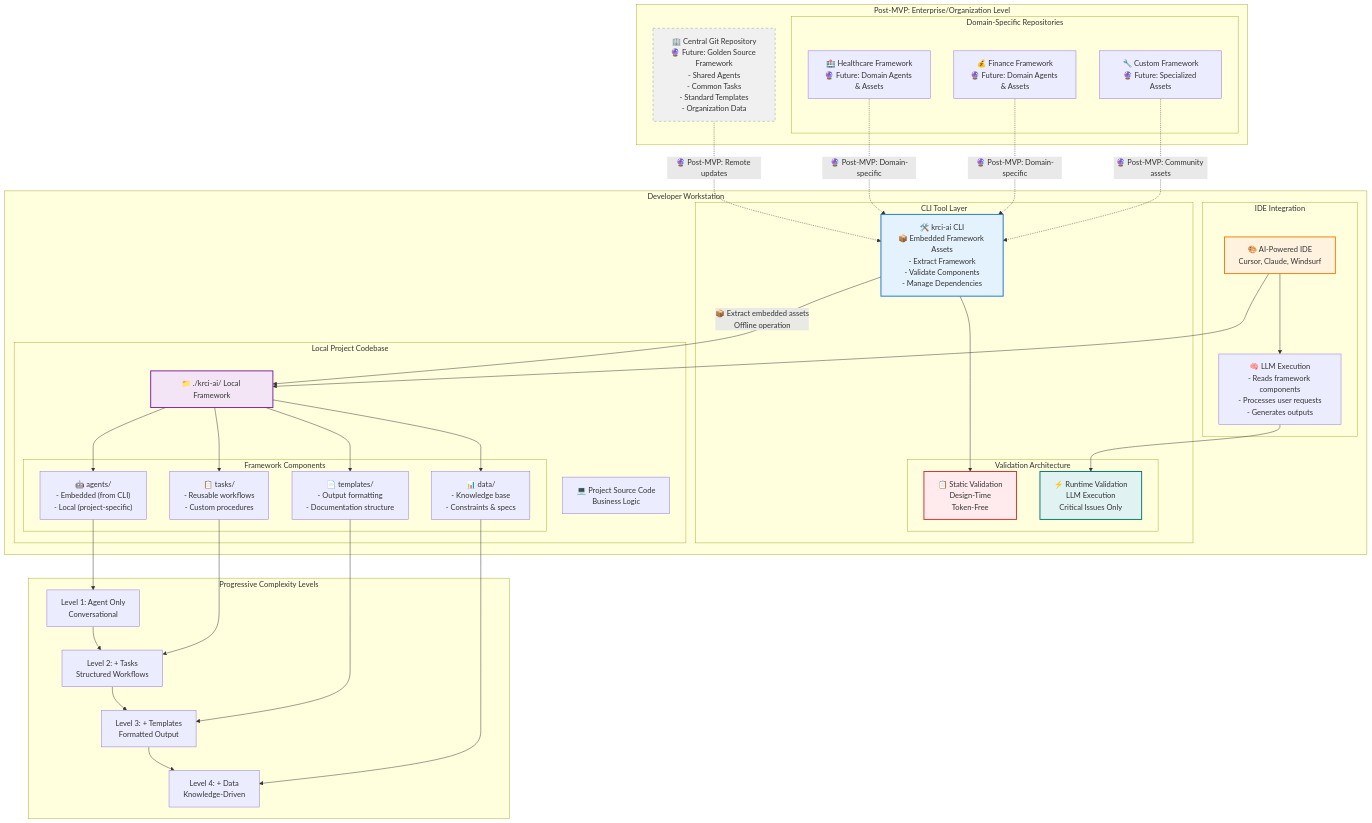
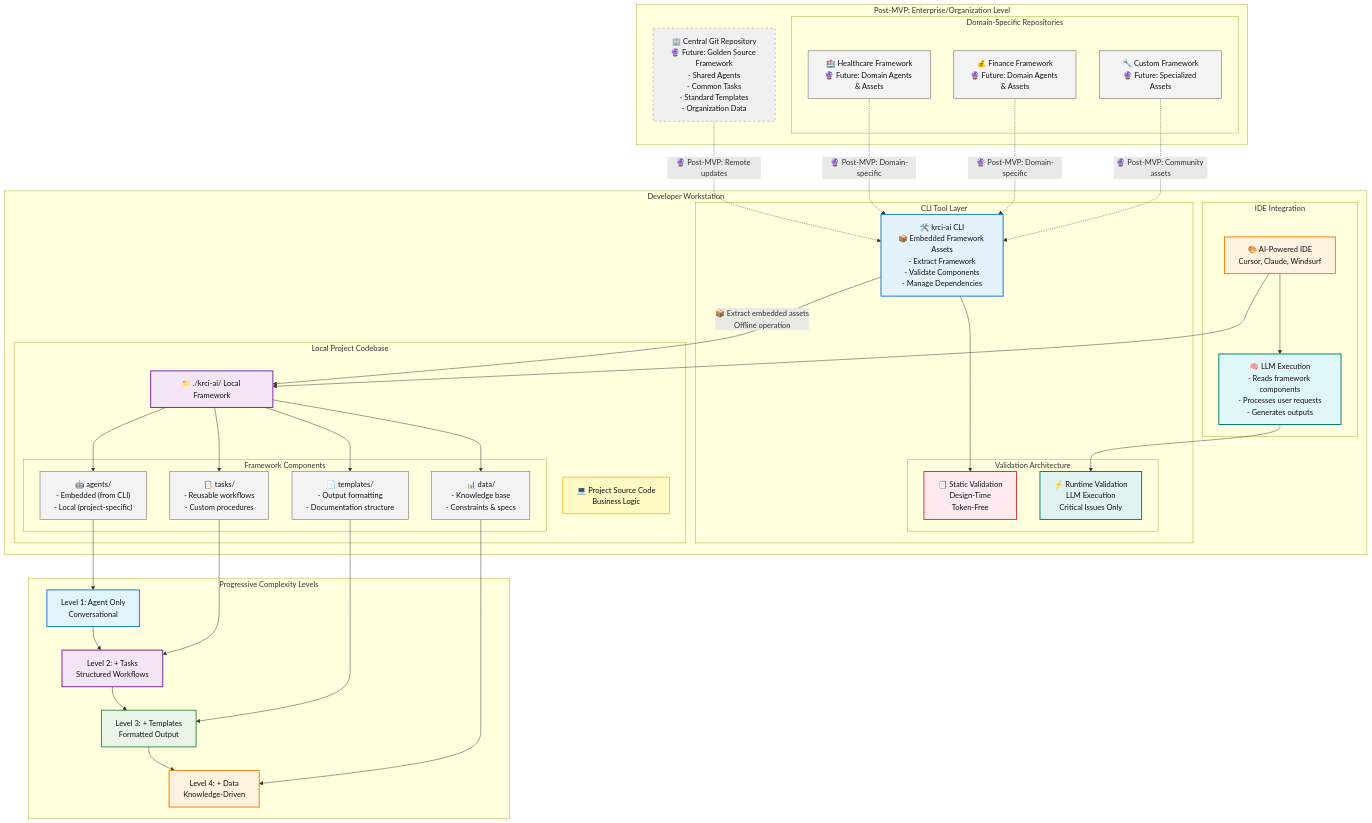
Before and after one commit to KubeRocketCI/kuberocketai: the second of 2 diagrams in docs/architecture/02-high-level-architecture.md, drawn with Mermaid. The commit also changed other lines of this file and 6 other files, not shown here.

Commit message:
docs: Align mermaid to dark theme

````diff
--- a/docs/architecture/02-high-level-architecture.md
+++ b/docs/architecture/02-high-level-architecture.md
@@ -130,10 +132,23 @@
     Templates --> Level3
     Data --> Level4
 
-    style CLI fill:#e3f2fd,stroke:#1976d2,stroke-width:2px
-    style IDE fill:#fff3e0,stroke:#f57c00,stroke-width:2px
-    style CentralRepo fill:#f0f0f0,stroke:#999999,stroke-width:1px,stroke-dasharray: 5 5
-    style LocalFramework fill:#f3e5f5,stroke:#7b1fa2,stroke-width:2px
-    style StaticVal fill:#ffebee,stroke:#d32f2f,stroke-width:2px
-    style RuntimeVal fill:#e0f2f1,stroke:#00796b,stroke-width:2px
+    style CLI fill:#e3f2fd,stroke:#1976d2,stroke-width:2px,color:#111
+    style IDE fill:#fff3e0,stroke:#f57c00,stroke-width:2px,color:#111
+    style CentralRepo fill:#f0f0f0,stroke:#999999,stroke-width:1px,stroke-dasharray:5 5,color:#111
+    style LocalFramework fill:#f3e5f5,stroke:#7b1fa2,stroke-width:2px,color:#111
+    style StaticVal fill:#ffebee,stroke:#d32f2f,stroke-width:2px,color:#111
+    style RuntimeVal fill:#e0f2f1,stroke:#00796b,stroke-width:2px,color:#111
+    style Agents fill:#f3f3f3,stroke:#555555,stroke-width:1px,color:#111
+    style Tasks fill:#f3f3f3,stroke:#555555,stroke-width:1px,color:#111
+    style Templates fill:#f3f3f3,stroke:#555555,stroke-width:1px,color:#111
+    style Data fill:#f3f3f3,stroke:#555555,stroke-width:1px,color:#111
+    style ProjectCode fill:#fff9c4,stroke:#fbc02d,stroke-width:2px,color:#111
+    style LLMExecution fill:#e0f7fa,stroke:#00796b,stroke-width:2px,color:#111
+    style Level1 fill:#e1f5fe,stroke:#1976d2,stroke-width:2px,color:#111
+    style Level2 fill:#f3e5f5,stroke:#7b1fa2,stroke-width:2px,color:#111
+    style Level3 fill:#e8f5e8,stroke:#388e3c,stroke-width:2px,color:#111
+    style Level4 fill:#fff3e0,stroke:#f57c00,stroke-width:2px,color:#111
+    style HealthRepo fill:#f3f3f3,stroke:#555555,stroke-width:1px,color:#111
+    style FinanceRepo fill:#f3f3f3,stroke:#555555,stroke-width:1px,color:#111
+    style CustomRepo fill:#f3f3f3,stroke:#555555,stroke-width:1px,color:#111
 ```
````
